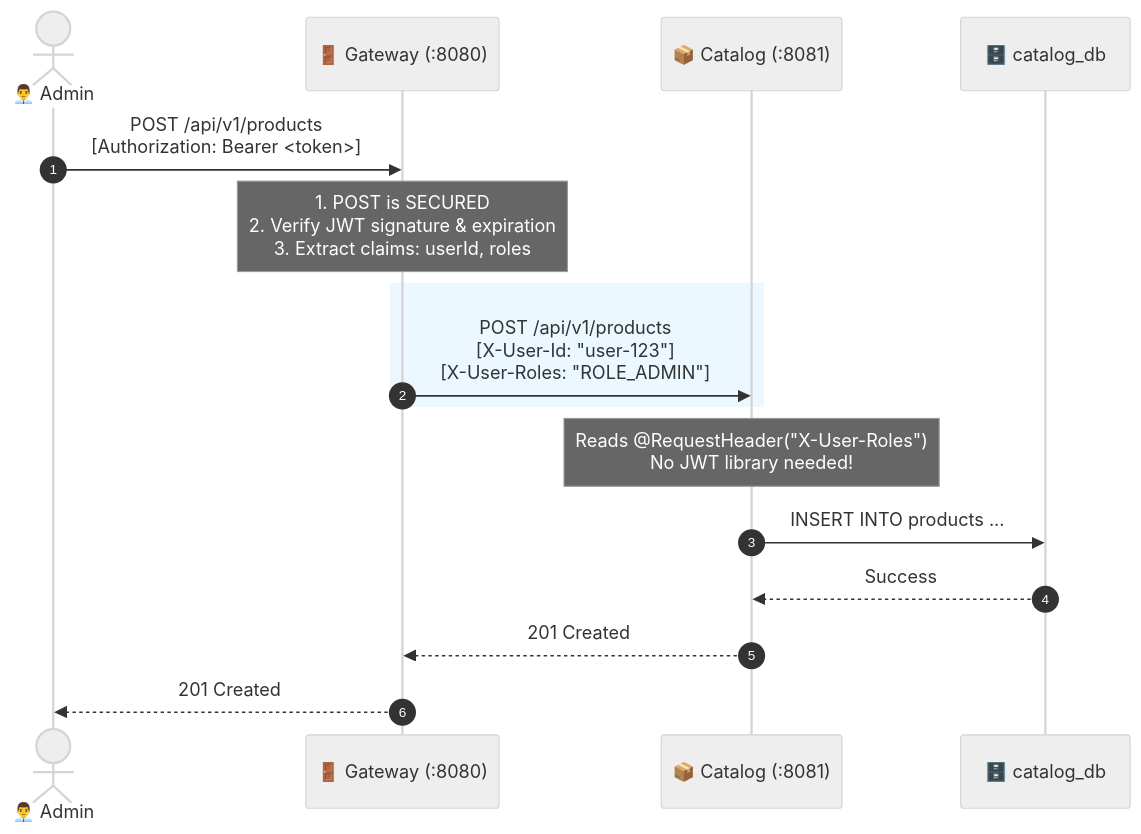
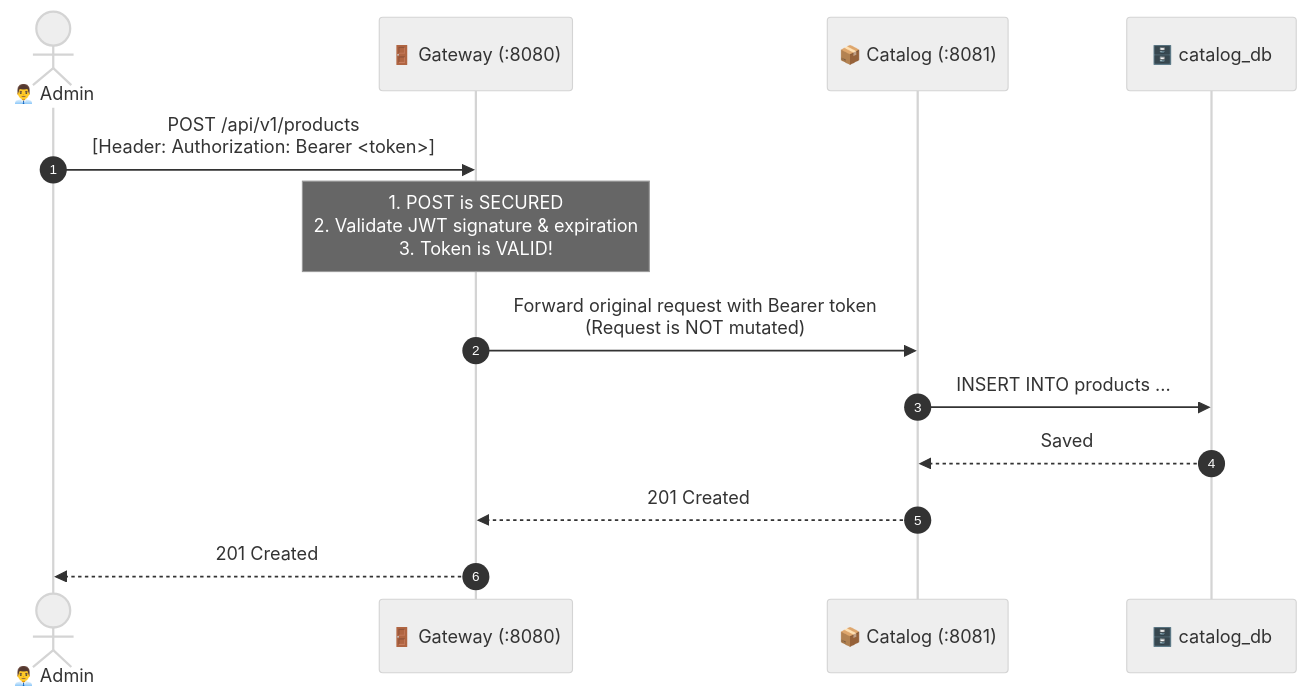
The seventh of 8 diagrams in FLOW.md (aaron18072002/eSupermarket), drawn with Mermaid (neutral theme) before and after one commit. The commit also changed other lines of this file and 35 other files, not shown here.

````diff
--- a/FLOW.md
+++ b/FLOW.md
@@ -123,22 +172,18 @@
 ```mermaid
 sequenceDiagram
     autonumber
     actor Admin as 👨‍💼 Admin
     participant GW as 🚪 Gateway (:8080)
     participant CS as 📦 Catalog (:8081)
     participant DB as 🗄️ catalog_db
 
-    Admin->>GW: POST /api/v1/products<br/>[Authorization: Bearer <token>]
+    Admin->>GW: POST /api/v1/products<br/>[Header: Authorization: Bearer <token>]
     
-    Note over GW: 1. POST is SECURED<br/>2. Verify JWT signature & expiration<br/>3. Extract claims: userId, roles
+    Note over GW: 1. POST is SECURED<br/>2. Validate JWT signature & expiration<br/>3. Token is VALID!
     
-    rect rgb(235, 248, 255)
-    GW->>CS: POST /api/v1/products<br/>[X-User-Id: "user-123"]<br/>[X-User-Roles: "ROLE_ADMIN"]
-    end
-    
-    Note over CS: Reads @RequestHeader("X-User-Roles")<br/>No JWT library needed!
+    GW->>CS: Forward original request with Bearer token<br/>(Request is NOT mutated)
     CS->>DB: INSERT INTO products ...
-    DB-->>CS: Success
+    DB-->>CS: Saved
     CS-->>GW: 201 Created
     GW-->>Admin: 201 Created
 ```
````
